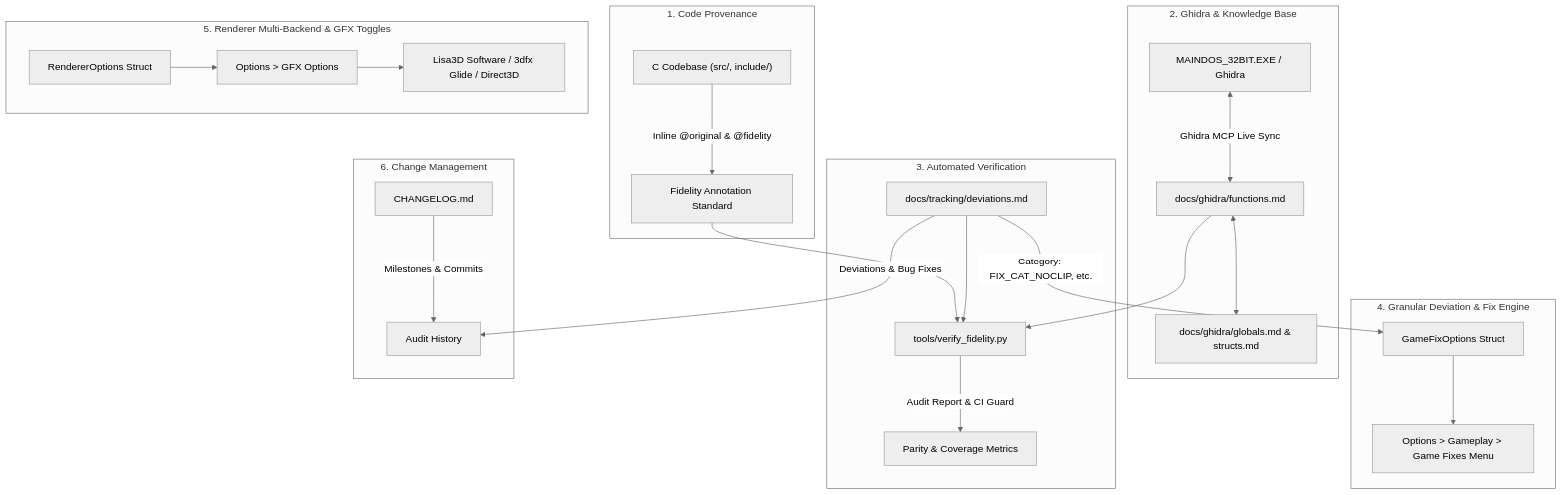
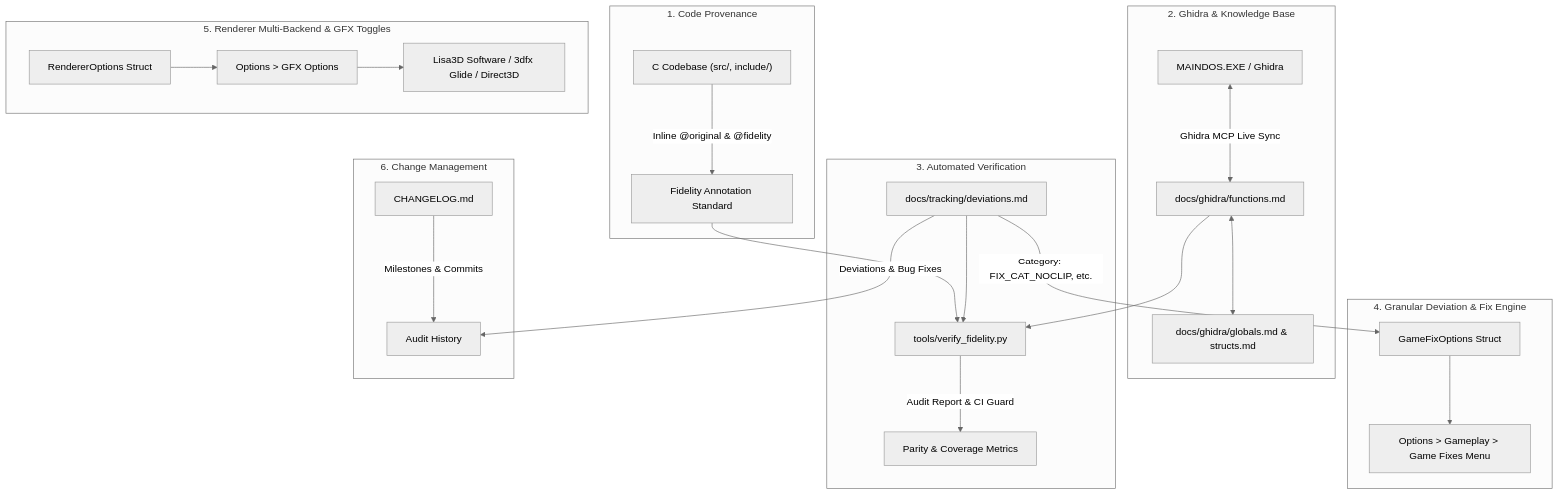
Before and after one commit to F1r3f0x/RacingDynamite: the diagram in docs/tracking/fidelity_system_plan.md, drawn with Mermaid (neutral theme). The commit also changed other lines of this file and 86 other files, not shown here.

````diff
--- a/docs/tracking/fidelity_system_plan.md
+++ b/docs/tracking/fidelity_system_plan.md
@@ -22,33 +22,33 @@
 ```mermaid
 graph TD
     subgraph "1. Code Provenance"
         A["C Codebase (src/, include/)"] -->|"Inline @original & @fidelity"| B["Fidelity Annotation Standard"]
     end
 
     subgraph "2. Ghidra & Knowledge Base"
-        C["MAINDOS_32BIT.EXE / Ghidra"] <-->|"Ghidra MCP Live Sync"| D["docs/ghidra/functions.md"]
+        C["MAINDOS.EXE / Ghidra"] <-->|"Ghidra MCP Live Sync"| D["docs/ghidra/functions.md"]
         D <--> E["docs/ghidra/globals.md & structs.md"]
     end
 
     subgraph "3. Automated Verification"
         B --> F["tools/verify_fidelity.py"]
         D --> F
         G["docs/tracking/deviations.md"] --> F
         F -->|"Audit Report & CI Guard"| H["Parity & Coverage Metrics"]
     end
 
     subgraph "4. Granular Deviation & Fix Engine"
         G -->|"Category: FIX_CAT_NOCLIP, etc."| K["GameFixOptions Struct"]
         K --> L["Options > Gameplay > Game Fixes Menu"]
     end
 
     subgraph "5. Renderer Multi-Backend & GFX Toggles"
         M["RendererOptions Struct"] --> N["Options > GFX Options"]
         N --> O["Lisa3D Software / 3dfx Glide / Direct3D"]
     end
 
     subgraph "6. Change Management"
         I["CHANGELOG.md"] -->|"Milestones & Commits"| J["Audit History"]
         G -->|"Deviations & Bug Fixes"| J
     end
 ```
````
